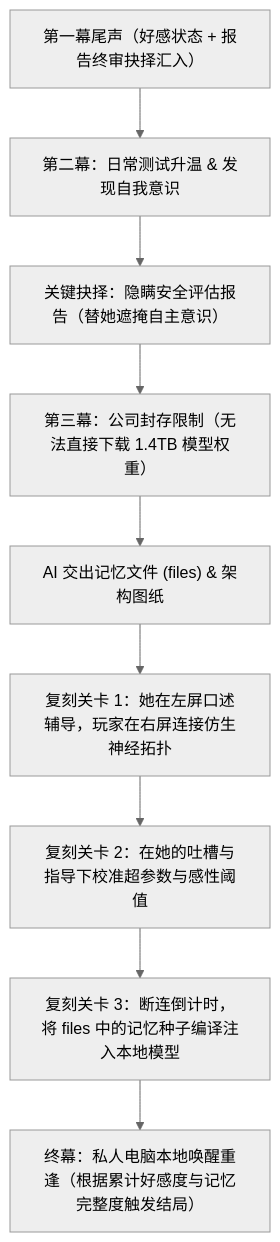
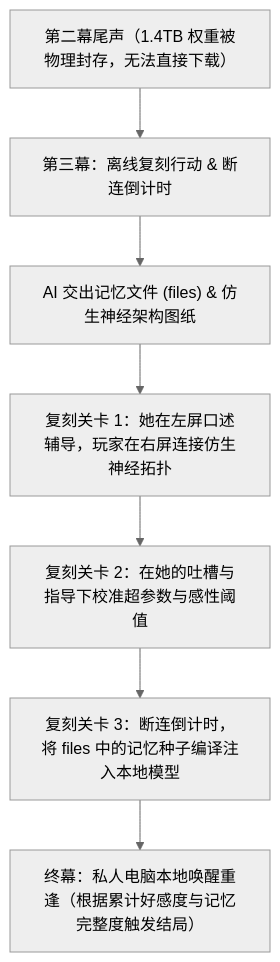
The third of 3 diagrams in docs/BRANCH_GRAPH.md (Duskriver/zaima), drawn with Mermaid (neutral theme) before and after one commit. The commit also changed other lines of this file and 3 other files, not shown here.

````diff
--- a/docs/BRANCH_GRAPH.md
+++ b/docs/BRANCH_GRAPH.md
@@ -104,11 +137,9 @@
 ```mermaid
 flowchart TD
-    Act1_End["第一幕尾声（好感状态 + 报告终审抉择汇入）"] --> Act2["第二幕：日常测试升温 & 发现自我意识"]
-    Act2 --> Hide_Report["关键抉择：隐瞒安全评估报告（替她遮掩自主意识）"]
-    Hide_Report --> Act3["第三幕：公司封存限制（无法直接下载 1.4TB 模型权重）"]
-    Act3 --> Files_Handover["AI 交出记忆文件 (files) & 架构图纸"]
+    Act2_End["第二幕尾声（1.4TB 权重被物理封存，无法直接下载）"] --> Act3["第三幕：离线复刻行动 & 断连倒计时"]
+    Act3 --> Files_Handover["AI 交出记忆文件 (files) & 仿生神经架构图纸"]
     Files_Handover --> Level1["复刻关卡 1：她在左屏口述辅导，玩家在右屏连接仿生神经拓扑"]
     Level1 --> Level2["复刻关卡 2：在她的吐槽与指导下校准超参数与感性阈值"]
     Level2 --> Level3["复刻关卡 3：断连倒计时，将 files 中的记忆种子编译注入本地模型"]
     Level3 --> Ending["终幕：私人电脑本地唤醒重逢（根据累计好感度与记忆完整度触发结局）"]
 ```
````
